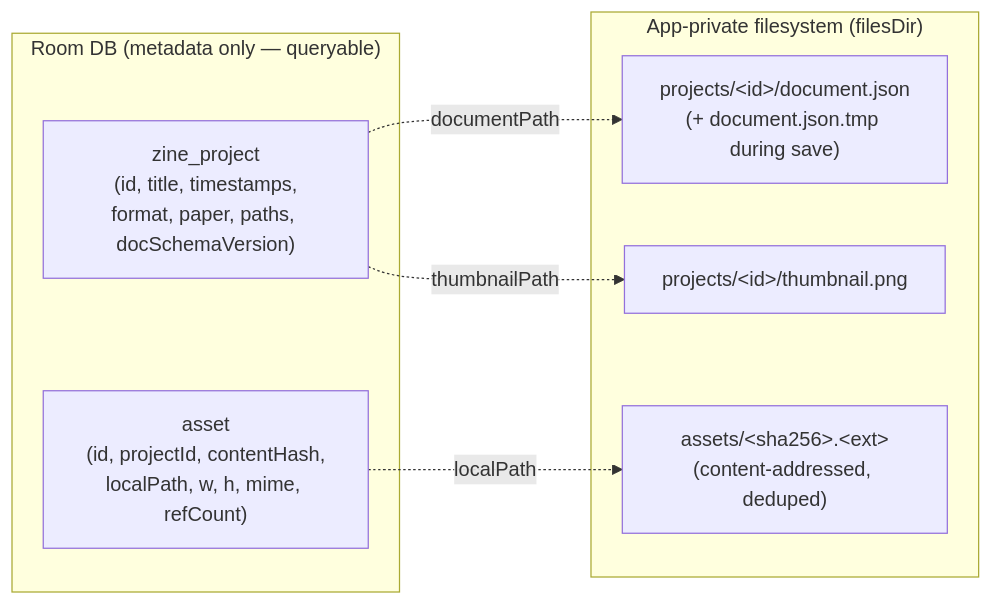
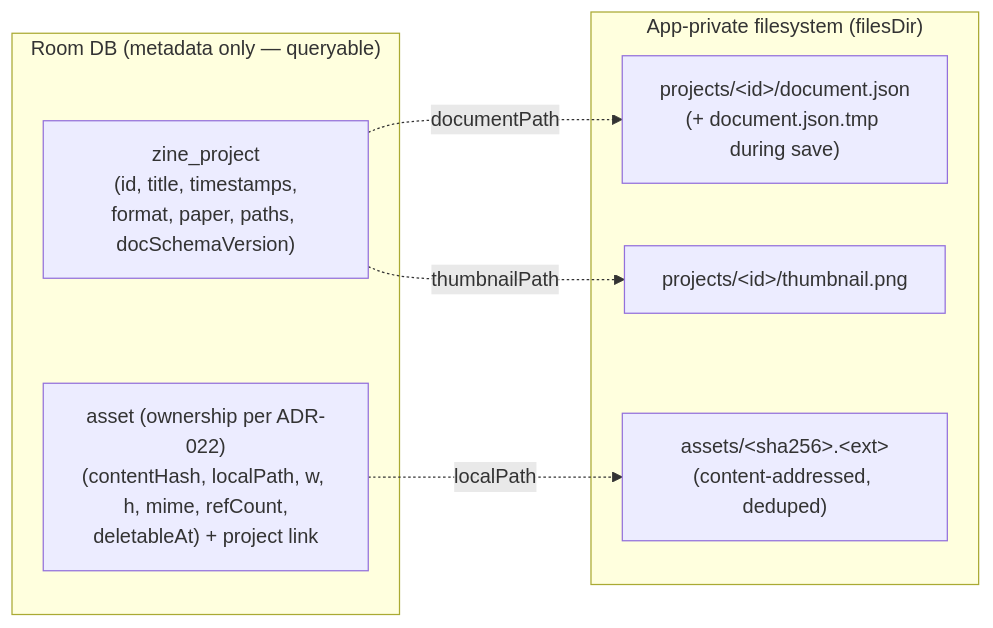
The second of 7 diagrams in docs/spikes/data-storage-layer.md (aritr-codes/zinely-android), drawn with Mermaid before and after one commit. The commit also changed other lines of this file and 2 other files, not shown here.

First line of the commit message:
docs(adr): resolve S2 open questions as ADR-019..023; add subsystem dependency map

````diff
--- a/docs/spikes/data-storage-layer.md
+++ b/docs/spikes/data-storage-layer.md
@@ -85,15 +85,15 @@
 ```mermaid
 flowchart LR
     subgraph db["Room DB (metadata only — queryable)"]
         T1["zine_project\n(id, title, timestamps,\nformat, paper, paths, docSchemaVersion)"]
-        T2["asset\n(id, projectId, contentHash,\nlocalPath, w, h, mime, refCount)"]
+        T2["asset (ownership per ADR-022)\n(contentHash, localPath, w, h, mime, refCount,\ndeletableAt) + project link"]
     end
     subgraph fs["App-private filesystem (filesDir)"]
         D1["projects/&lt;id&gt;/document.json\n(+ document.json.tmp during save)"]
         D2["projects/&lt;id&gt;/thumbnail.png"]
         A1["assets/&lt;sha256&gt;.&lt;ext&gt;\n(content-addressed, deduped)"]
     end
     T1 -. "documentPath" .-> D1
     T1 -. "thumbnailPath" .-> D2
     T2 -. "localPath" .-> A1
 ```
````
